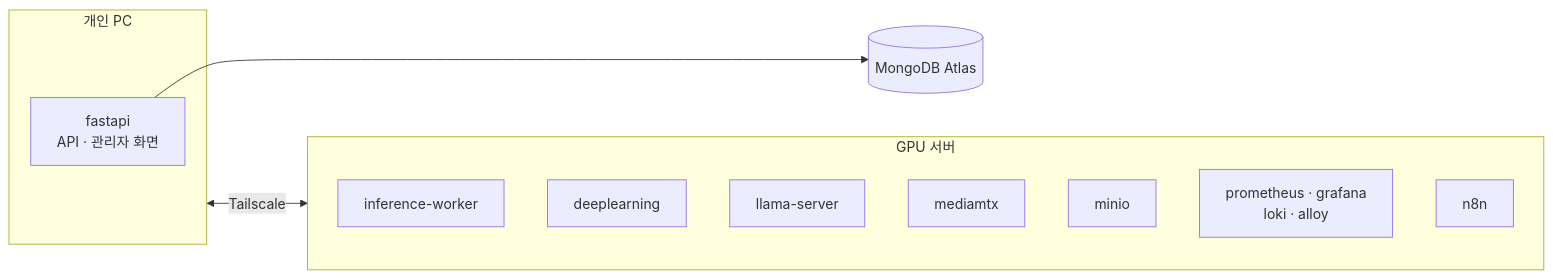
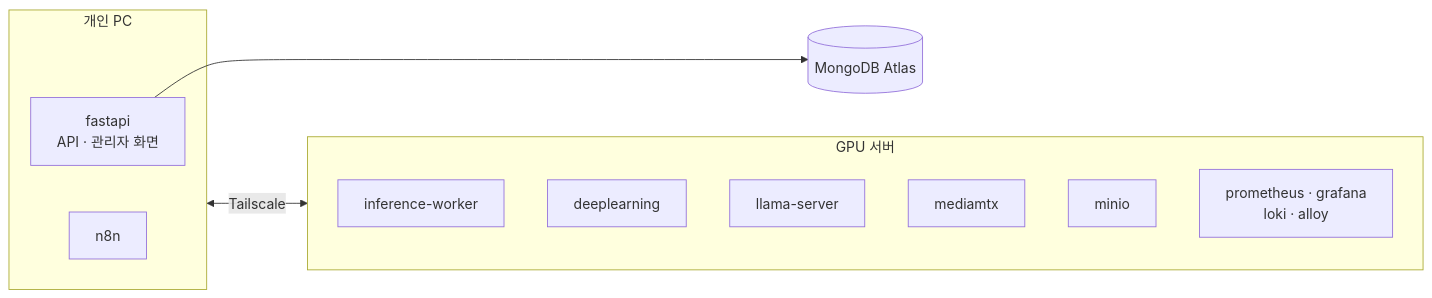
The second of 2 diagrams in docs/architecture/README.md (where-is-jo/classroom_monitoring), drawn with Mermaid before and after one commit. The commit also changed other lines of this file and 2 other files, not shown here.

First line of the commit message:
docs(architecture): n8n을 GPU 서버에서 개인 PC 쪽으로 옮긴다

````diff
--- a/docs/architecture/README.md
+++ b/docs/architecture/README.md
@@ -88,19 +88,19 @@
 ```mermaid
 flowchart LR
     subgraph PC["개인 PC"]
         FASTAPI["fastapi<br/>API · 관리자 화면"]
+        N8N["n8n"]
     end
     subgraph GPUSRV["GPU 서버"]
         WORKER["inference-worker"]
         DL["deeplearning"]
         LLM["llama-server"]
         MTX["mediamtx"]
         MINIO["minio"]
         OBS["prometheus · grafana<br/>loki · alloy"]
-        N8N["n8n"]
     end
     CLOUD[("MongoDB Atlas")]
 
     PC <-->|"Tailscale"| GPUSRV
     FASTAPI --> CLOUD
 ```
````
